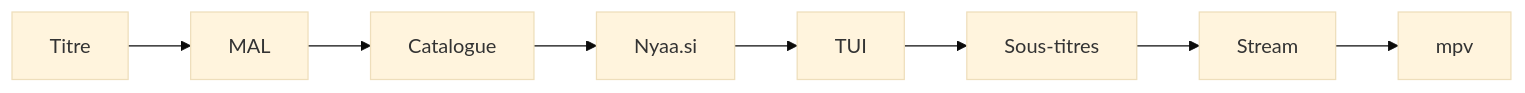
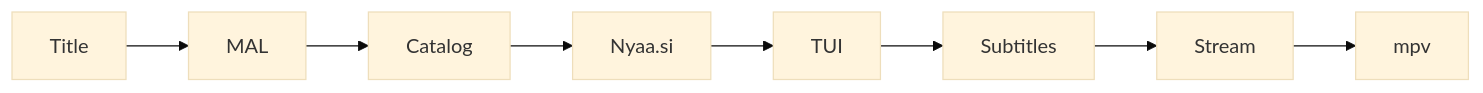
One commit to CloudDown/annie changed the diagram in README.md. Above: the diagram before and after it, drawn with Mermaid (base theme). The commit also changed other lines of this file and 13 other files, not shown here.

````diff
--- a/README.md
+++ b/README.md
@@ -360,10 +360,10 @@
 ```mermaid
 flowchart LR
-    A[Titre] --> B[MAL]
-    B --> C[Catalogue]
+    A[Title] --> B[MAL]
+    B --> C[Catalog]
     C --> D[Nyaa.si]
     D --> E[TUI]
-    E --> F[Sous-titres]
+    E --> F[Subtitles]
     F --> G[Stream]
     G --> H[mpv]
 ```
````
